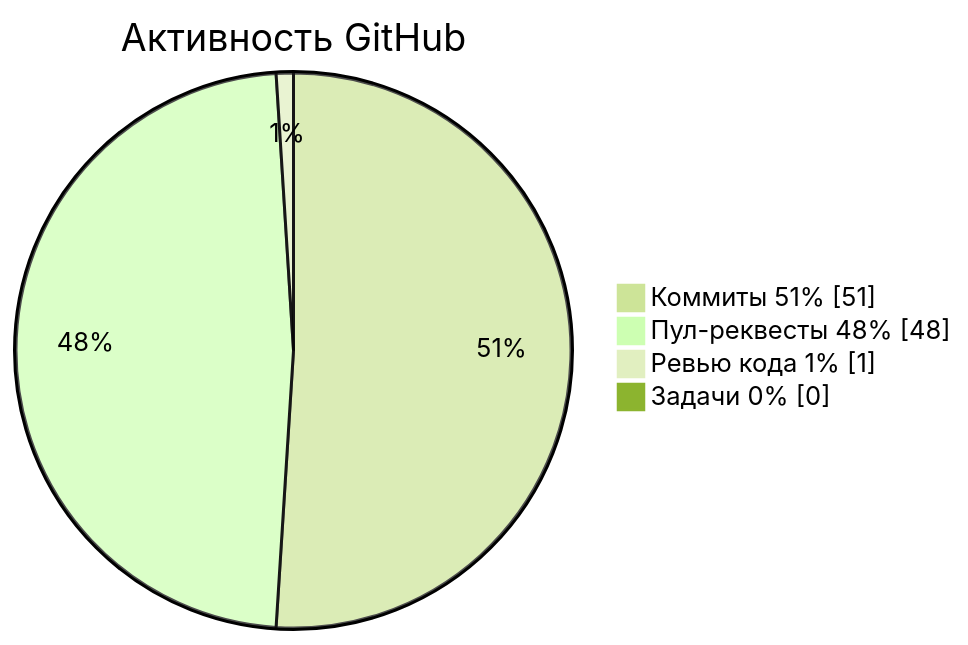
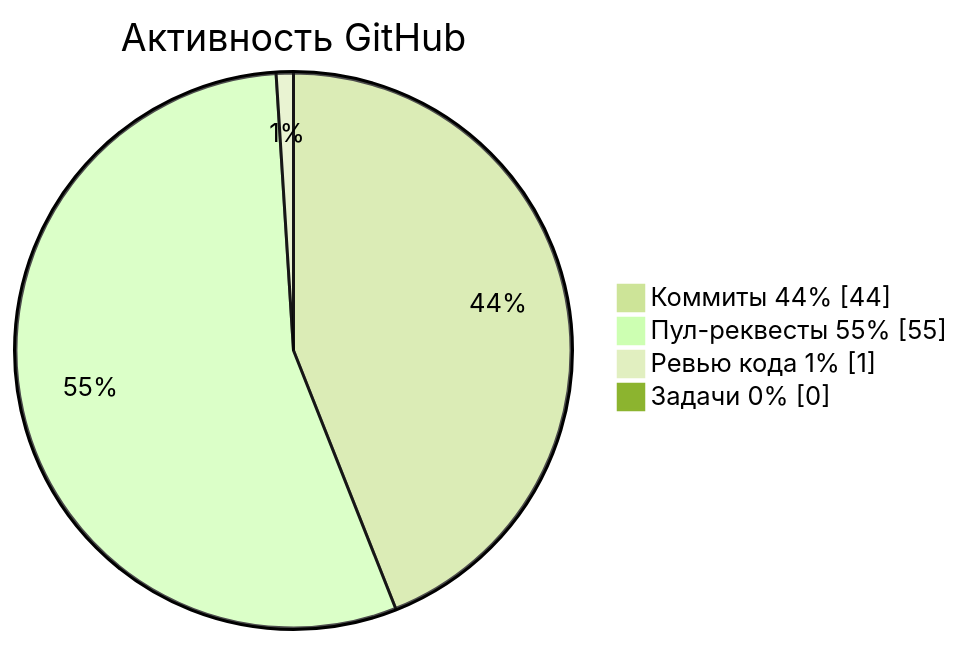
One commit to krotname/KrotName changed the diagram in README.md. Above: the diagram before and after it, drawn with Mermaid (forest theme). The commit also changed other lines of this file and 1 other file, not shown here.

Commit message:
Update profile metrics

````diff
--- a/README.md
+++ b/README.md
@@ -45,8 +45,8 @@
 ```mermaid
 pie showData
     title Активность GitHub
-    "Коммиты 51%" : 51
-    "Пул-реквесты 48%" : 48
+    "Коммиты 44%" : 44
+    "Пул-реквесты 55%" : 55
     "Ревью кода 1%" : 1
     "Задачи 0%" : 0
 ```
````
